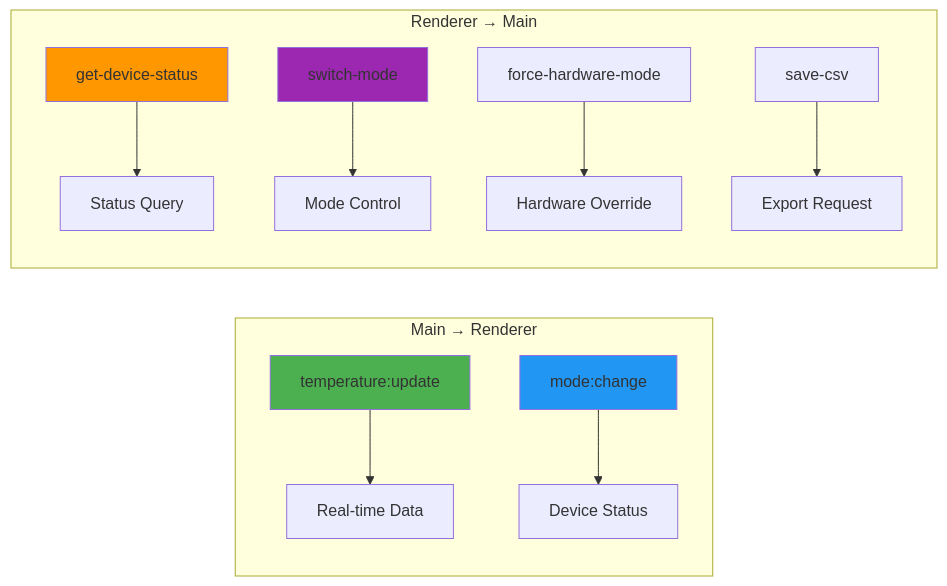
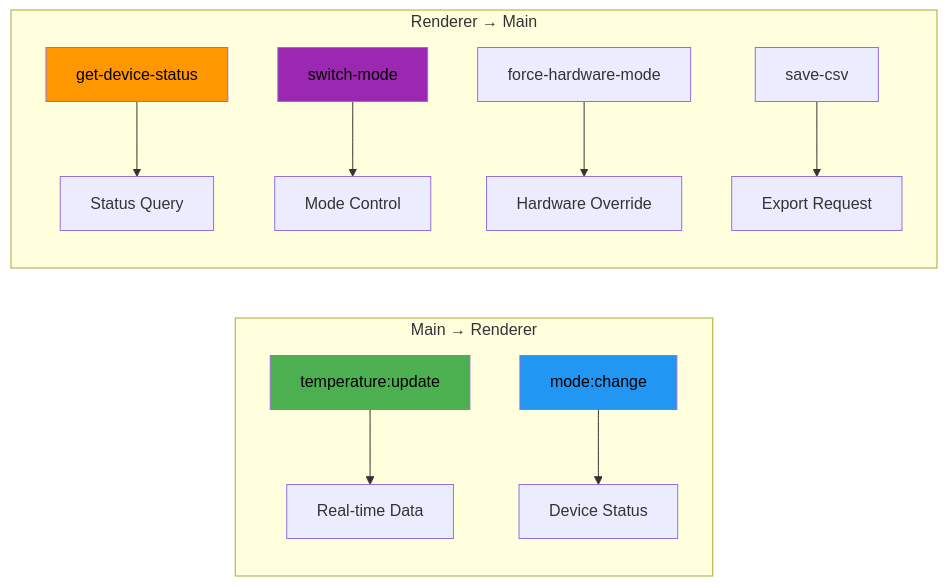
The eighth of 10 diagrams in docs/SYSTEM_ARCHITECTURE.md (Interlaken0/temperature-plotter), drawn with Mermaid before and after one commit. The commit also changed other lines of this file and 8 other files, not shown here.

First line of the commit message:
Standardise Mermaid diagram text colour to black across all documentation

````diff
--- a/docs/SYSTEM_ARCHITECTURE.md
+++ b/docs/SYSTEM_ARCHITECTURE.md
@@ -361,19 +361,19 @@
 ```mermaid
 graph LR
     subgraph "Main → Renderer"
         A[temperature:update] --> B[Real-time Data]
         C[mode:change] --> D[Device Status]
     end
     
     subgraph "Renderer → Main"
         E[get-device-status] --> F[Status Query]
         G[switch-mode] --> H[Mode Control]
         I[force-hardware-mode] --> J[Hardware Override]
         K[save-csv] --> L[Export Request]
     end
     
-    style A fill:#4caf50
-    style C fill:#2196f3
-    style E fill:#ff9800
-    style G fill:#9c27b0
+    style A fill:#4caf50,color:#000000
+    style C fill:#2196f3,color:#000000
+    style E fill:#ff9800,color:#000000
+    style G fill:#9c27b0,color:#000000
 ```
````
